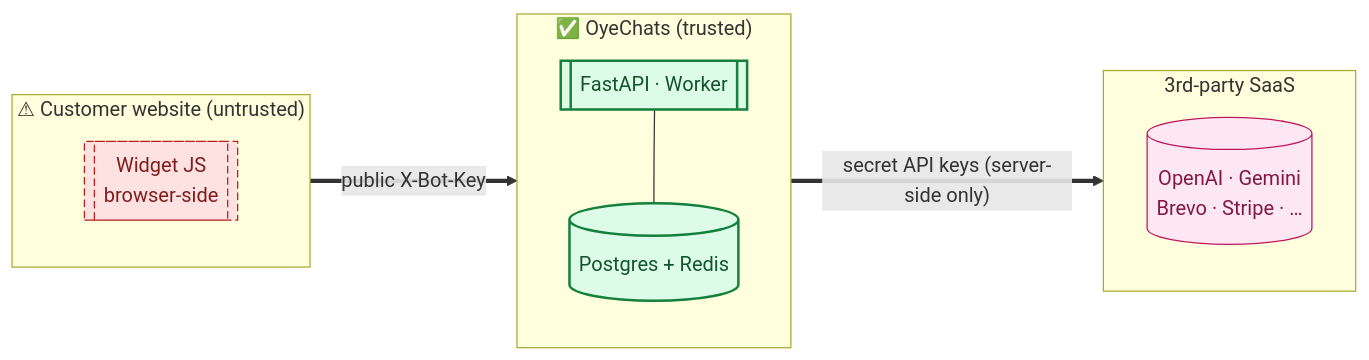
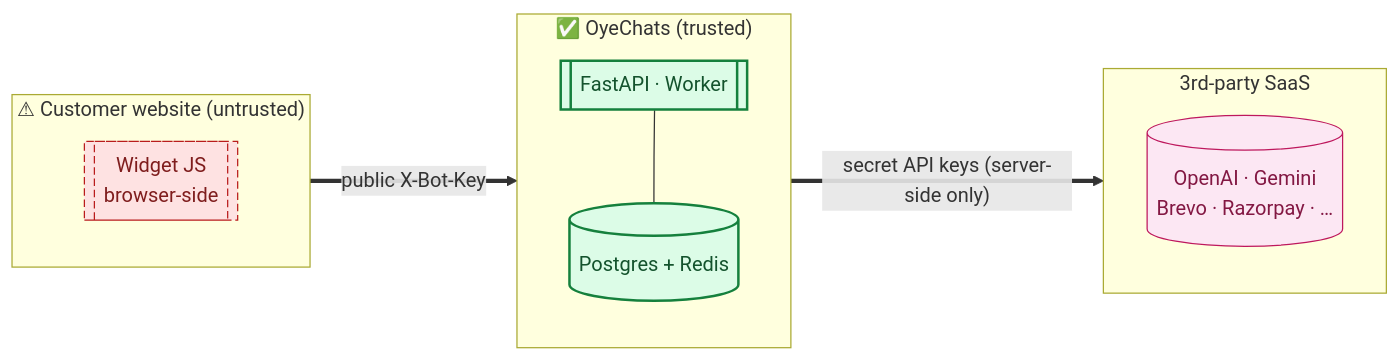
One commit to digibranders/oye-chats-platform changed the second of 2 diagrams in docs/system-design/docs/01-context/system-context.md. Above: the diagram before and after it, drawn with Mermaid. The commit also changed other lines of this file and 35 other files, not shown here.

First line of the commit message:
docs(system-design): the architecture site described a system two rewrites old

````diff
--- a/docs/system-design/docs/01-context/system-context.md
+++ b/docs/system-design/docs/01-context/system-context.md
@@ -113,24 +122,24 @@
 ```mermaid
 flowchart LR
     classDef untrusted fill:#fee2e2,stroke:#b91c1c,color:#7f1d1d,stroke-dasharray:6 3
     classDef trusted fill:#dcfce7,stroke:#15803d,color:#14532d,stroke-width:2px
     classDef ext fill:#fce7f3,stroke:#be185d,color:#831843
 
     subgraph customer["⚠ Customer website (untrusted)"]
       direction TB
       widget[["Widget JS<br/>browser-side"]]:::untrusted
     end
     subgraph oye["✅ OyeChats (trusted)"]
       direction TB
       api[["FastAPI · Worker"]]:::trusted
       db[("Postgres + Redis")]:::trusted
     end
     subgraph third["3rd-party SaaS"]
       direction TB
-      ext[("OpenAI · Gemini<br/>Brevo · Stripe · …")]:::ext
+      ext[("OpenAI · Gemini<br/>Brevo · Razorpay · …")]:::ext
     end
 
     widget == "public X-Bot-Key" ==> api
     api == "secret API keys (server-side only)" ==> ext
     api --- db
 ```
````
